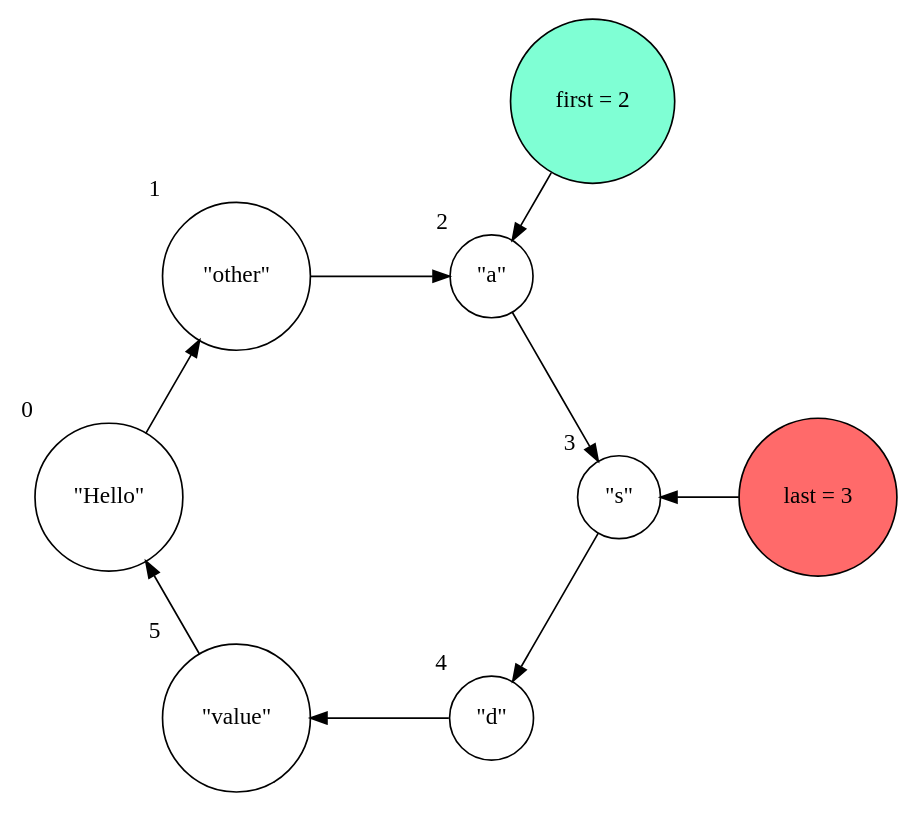
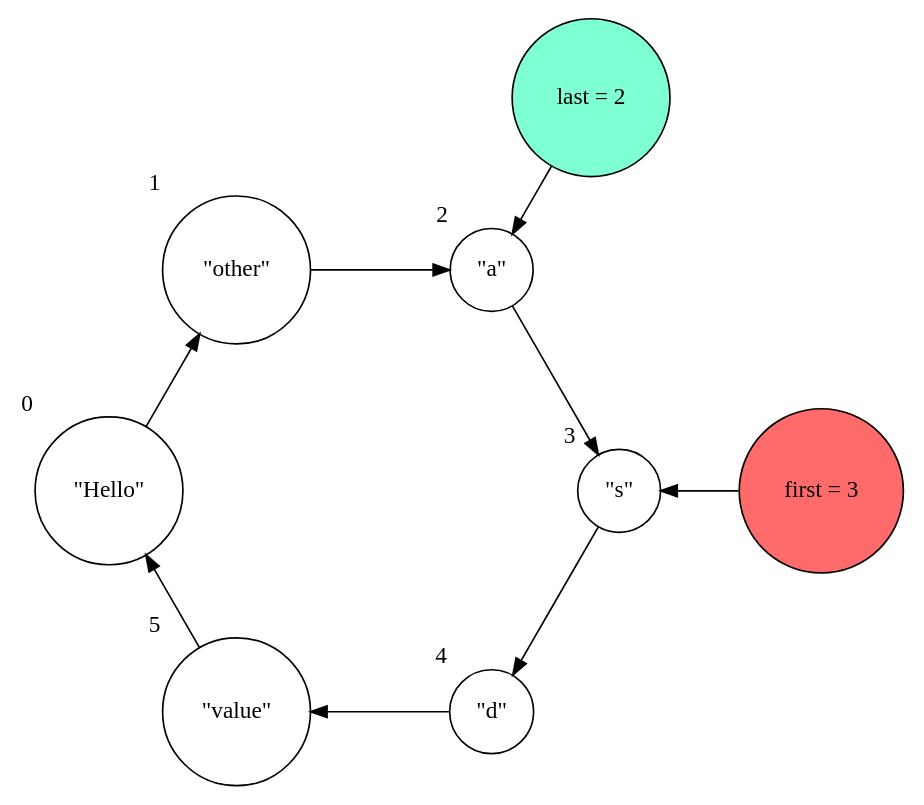
One commit to flohero/swo-exercise changed the fourth of 5 diagrams in ueb09/doc/doc.adoc. Above: the diagram before and after it, drawn with Graphviz. The commit also changed other lines of this file and 2 other files, not shown here.

```diff
--- a/ueb09/doc/doc.adoc
+++ b/ueb09/doc/doc.adoc
@@ -121,21 +122,21 @@
 [graphviz,width=400]
 ----
 digraph g1 {
     layout="circo";
     forcelabels=true;
     node [shape = circle];
     N0 [xlabel="0", label="\"Hello\""]
     N1 [xlabel="1", label="\"other\""]
     N2 [xlabel="2", label="\"a\""]
     N3 [xlabel="3", label="\"s\""]
     N4 [xlabel="4", label="\"d\""]
     N5 [xlabel="5", label="\"value\""]
 
     N0 -> N1 -> N2 -> N3 -> N4 -> N5 -> N0;
 
-    first [fillcolor = aquamarine, style=filled, label="first = 2"];
-    last [fillcolor = indianred1, style=filled, label="last = 3"];
-    first -> N2;
-    last -> N3;
+    last [fillcolor = aquamarine, style=filled, label="last = 2"];
+    first [fillcolor = indianred1, style=filled, label="first = 3"];
+    last -> N2;
+    first -> N3;
 }
 ----
```
